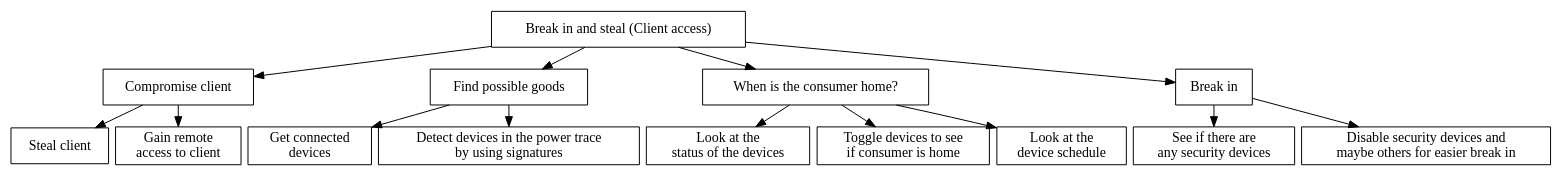
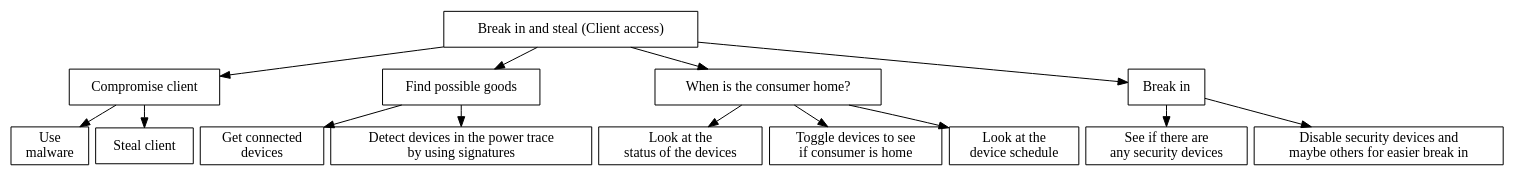
One commit to des904e15/report changed the diagram in figures/graphviz/burglarClient.dot. Above: the diagram before and after it, drawn with Graphviz. The commit also changed 8 other files, not shown here.

```diff
--- a/figures/graphviz/burglarClient.dot
+++ b/figures/graphviz/burglarClient.dot
@@ -1,42 +1,42 @@
 digraph G {
 
  graph[ center=true, margin=0.2, nodesep=0.1, ranksep=0.3]
  node[ shape=rectangle]
 
 root [label="Break in and steal (Client access)", shape=AND];
 
 compromiseClient;
 goodstuff [label="Find possible goods",shape=OR];
 atHome [label="When is the consumer home?",shape=OR];
 breakIn [label="Break in"];
 
 compromiseClient[shape=OR]
 compromiseClient[label="Compromise client"];
 root -> compromiseClient;
-stealClient[label="Steal client"]
+gainRemoteAccessToClient[label="Use \nmalware"];
+stealClient[label="Steal client"];
 compromiseClient -> stealClient;
-gainRemoteAccessToClient[label="Gain remote \naccess to client"]
 compromiseClient -> gainRemoteAccessToClient;
 
 
 root -> goodstuff;
 connectedDevices[label="Get connected \ndevices"];
 goodstuff->connectedDevices;
 detectSignature[label="Detect devices in the power trace \nby using signatures"];
 goodstuff->detectSignature;
 
 root -> atHome;
 deviceStatus[label="Look at the \nstatus of the devices"];
 atHome -> deviceStatus;
 turnOnOffDevices[label="Toggle devices to see \nif consumer is home"];
 atHome -> turnOnOffDevices;
 deviceSchedule[label="Look at the \ndevice schedule"];
 atHome -> deviceSchedule;
 
 breakIn[shape=OR]
 root ->	breakIn;
 securityDeviceStatus[label="See if there are \nany security devices"];
 breakIn -> securityDeviceStatus;
 turnOnOffDevices2[label="Disable security devices and \nmaybe others for easier break in"];
 breakIn -> turnOnOffDevices2;
 }
```
